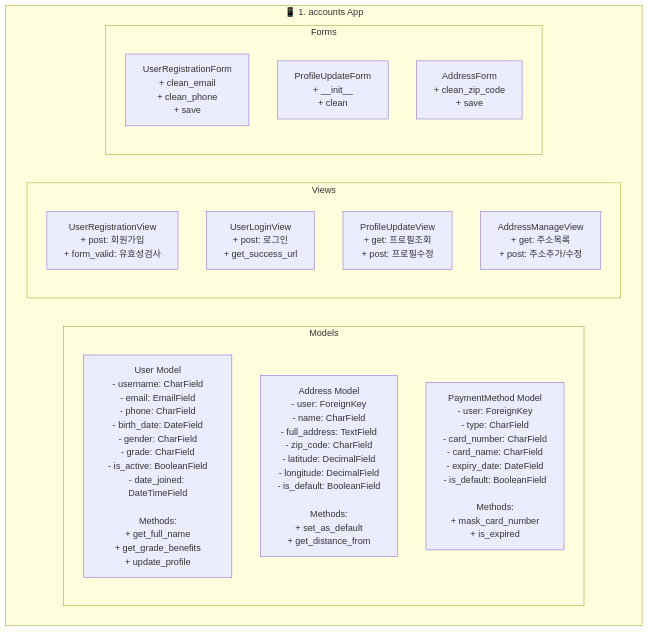
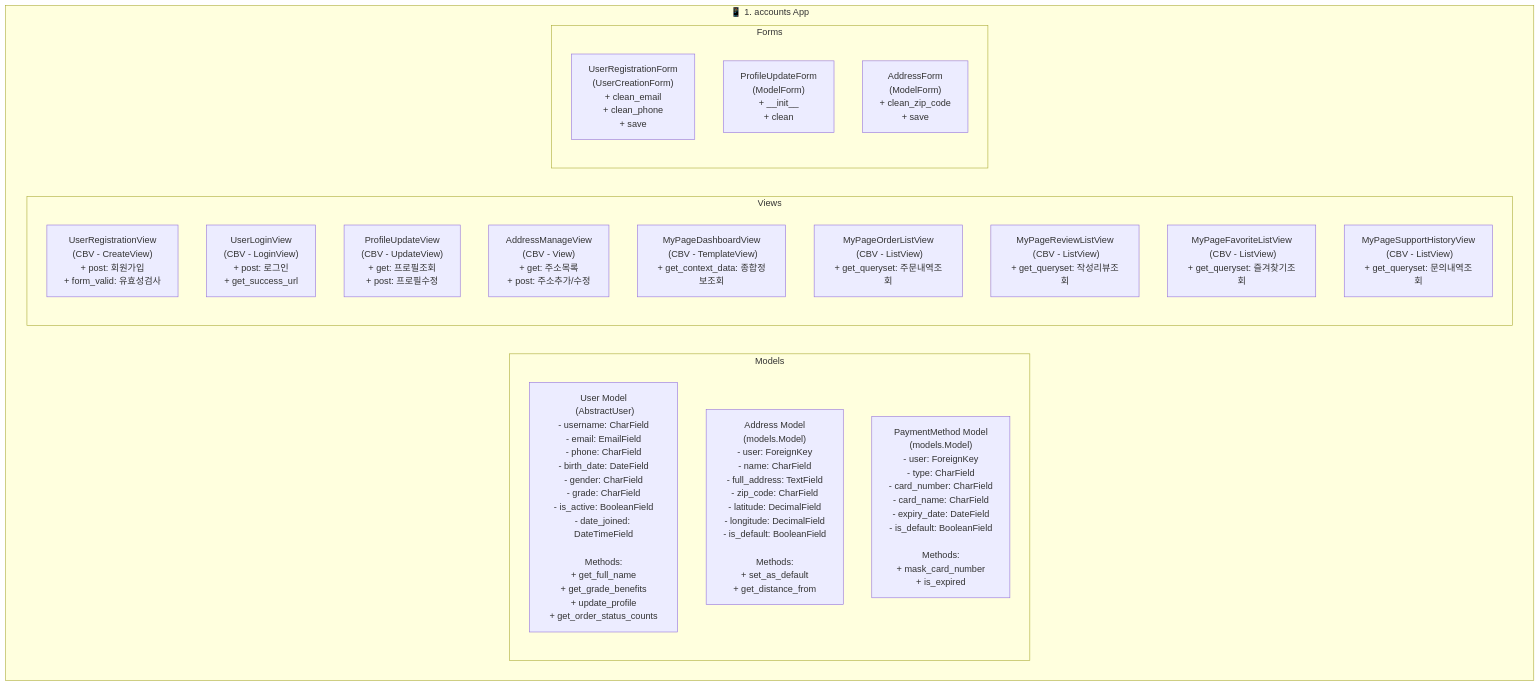
Before and after one commit to jhj1111/sessac_shoping_web: the diagram in apps/accounts/README.md, drawn with Mermaid. The commit also changed other lines of this file and 2 other files, not shown here.

````diff
--- a/apps/accounts/README.md
+++ b/apps/accounts/README.md
@@ -10,23 +10,28 @@
 ```mermaid
 graph TB
     subgraph "📱 1. accounts App"
         subgraph "Models"
-            A1[User Model<br/>- username: CharField<br/>- email: EmailField<br/>- phone: CharField<br/>- birth_date: DateField<br/>- gender: CharField<br/>- grade: CharField<br/>- is_active: BooleanField<br/>- date_joined: DateTimeField<br/><br/>Methods:<br/>+ get_full_name<br/>+ get_grade_benefits<br/>+ update_profile]
-            A2[Address Model<br/>- user: ForeignKey<br/>- name: CharField<br/>- full_address: TextField<br/>- zip_code: CharField<br/>- latitude: DecimalField<br/>- longitude: DecimalField<br/>- is_default: BooleanField<br/><br/>Methods:<br/>+ set_as_default<br/>+ get_distance_from]
-            A3[PaymentMethod Model<br/>- user: ForeignKey<br/>- type: CharField<br/>- card_number: CharField<br/>- card_name: CharField<br/>- expiry_date: DateField<br/>- is_default: BooleanField<br/><br/>Methods:<br/>+ mask_card_number<br/>+ is_expired]
+            A1["User Model<br> (AbstractUser)"<br/>- username: CharField<br/>- email: EmailField<br/>- phone: CharField<br/>- birth_date: DateField<br/>- gender: CharField<br/>- grade: CharField<br/>- is_active: BooleanField<br/>- date_joined: DateTimeField<br/><br/>Methods:<br/>+ get_full_name<br/>+ get_grade_benefits<br/>+ update_profile<br/>+ get_order_status_counts]
+            A2["Address Model<br> (models.Model)"<br/>- user: ForeignKey<br/>- name: CharField<br/>- full_address: TextField<br/>- zip_code: CharField<br/>- latitude: DecimalField<br/>- longitude: DecimalField<br/>- is_default: BooleanField<br/><br/>Methods:<br/>+ set_as_default<br/>+ get_distance_from]
+            A3["PaymentMethod Model<br> (models.Model)"<br/>- user: ForeignKey<br/>- type: CharField<br/>- card_number: CharField<br/>- card_name: CharField<br/>- expiry_date: DateField<br/>- is_default: BooleanField<br/><br/>Methods:<br/>+ mask_card_number<br/>+ is_expired]
         end
         
         subgraph "Views"
-            A4[UserRegistrationView<br/>+ post: 회원가입<br/>+ form_valid: 유효성검사]
-            A5[UserLoginView<br/>+ post: 로그인<br/>+ get_success_url]
-            A6[ProfileUpdateView<br/>+ get: 프로필조회<br/>+ post: 프로필수정]
-            A7[AddressManageView<br/>+ get: 주소목록<br/>+ post: 주소추가/수정]
+            A4["UserRegistrationView<br> (CBV - CreateView)"<br/>+ post: 회원가입<br/>+ form_valid: 유효성검사]
+            A5["UserLoginView<br> (CBV - LoginView)"<br/>+ post: 로그인<br/>+ get_success_url]
+            A6["ProfileUpdateView<br> (CBV - UpdateView)"<br/>+ get: 프로필조회<br/>+ post: 프로필수정]
+            A7["AddressManageView<br> (CBV - View)"<br/>+ get: 주소목록<br/>+ post: 주소추가/수정]
+            A11["MyPageDashboardView<br> (CBV - TemplateView)"<br/>+ get_context_data: 종합정보조회]
+            A12["MyPageOrderListView<br> (CBV - ListView)"<br/>+ get_queryset: 주문내역조회]
+            A13["MyPageReviewListView<br> (CBV - ListView)"<br/>+ get_queryset: 작성리뷰조회]
+            A14["MyPageFavoriteListView<br> (CBV - ListView)"<br/>+ get_queryset: 즐겨찾기조회]
+            A15["MyPageSupportHistoryView<br> (CBV - ListView)"<br/>+ get_queryset: 문의내역조회]
         end
         
         subgraph "Forms"
-            A8[UserRegistrationForm<br/>+ clean_email<br/>+ clean_phone<br/>+ save]
-            A9[ProfileUpdateForm<br/>+ __init__<br/>+ clean]
-            A10[AddressForm<br/>+ clean_zip_code<br/>+ save]
+            A8["UserRegistrationForm<br> (UserCreationForm)"<br/>+ clean_email<br/>+ clean_phone<br/>+ save]
+            A9["ProfileUpdateForm<br> (ModelForm)"<br/>+ __init__<br/>+ clean]
+            A10["AddressForm<br> (ModelForm)"<br/>+ clean_zip_code<br/>+ save]
         end
     end
 ```
````
